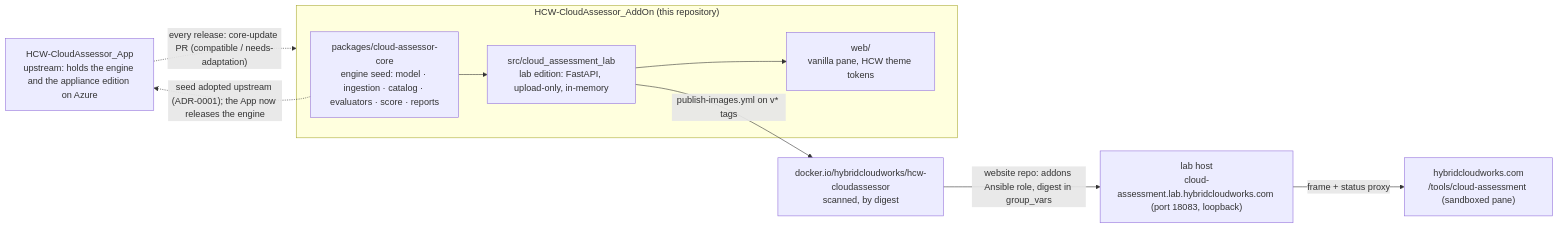
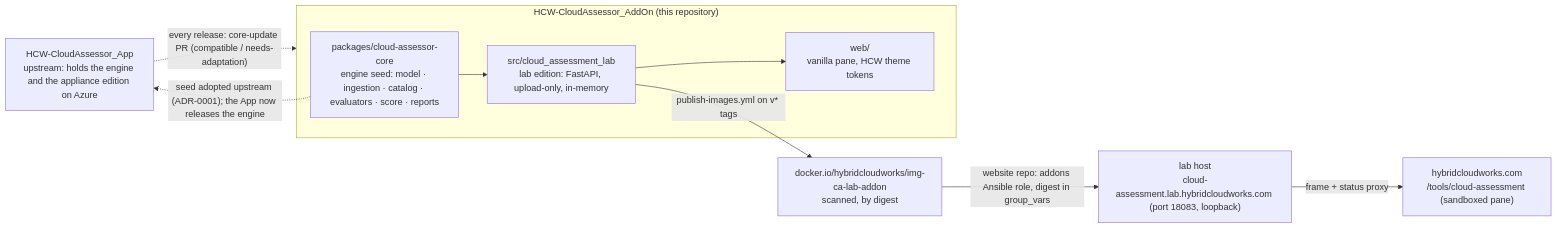
One commit to saulpatinojr/HCW-CloudAssessor_AddOn changed the diagram in README.md. Above: the diagram before and after it, drawn with Mermaid. The commit also changed other lines of this file and 8 other files, not shown here.

First line of the commit message:
Lab image follows the img-<short>-<job>-<type> convention; tag is the full release tag; version no longer reaches a shell inline

````diff
--- a/README.md
+++ b/README.md
@@ -30,18 +30,18 @@
 ```mermaid
 flowchart LR
   App["HCW-CloudAssessor_App<br/>upstream: holds the engine and the appliance edition on Azure"]
   subgraph AddOn["HCW-CloudAssessor_AddOn (this repository)"]
     Core["packages/cloud-assessor-core<br/>engine seed: model · ingestion · catalog · evaluators · score · reports"]
     Lab["src/cloud_assessment_lab<br/>lab edition: FastAPI, upload-only, in-memory"]
     Pane["web/<br/>vanilla pane, HCW theme tokens"]
     Core --> Lab --> Pane
   end
-  Image["docker.io/hybridcloudworks/hcw-cloudassessor<br/>scanned, by digest"]
+  Image["docker.io/hybridcloudworks/img-ca-lab-addon<br/>scanned, by digest"]
   Host["lab host<br/>cloud-assessment.lab.hybridcloudworks.com (port 18083, loopback)"]
   Site["hybridcloudworks.com<br/>/tools/cloud-assessment (sandboxed pane)"]
   Lab -- "publish-images.yml on v* tags" --> Image
   Image -- "website repo: addons Ansible role, digest in group_vars" --> Host
   Host -- "frame + status proxy" --> Site
   Core -. "seed adopted upstream (ADR-0001); the App now releases the engine" .-> App
   App -. "every release: core-update PR (compatible / needs-adaptation)" .-> AddOn
 ```
````
